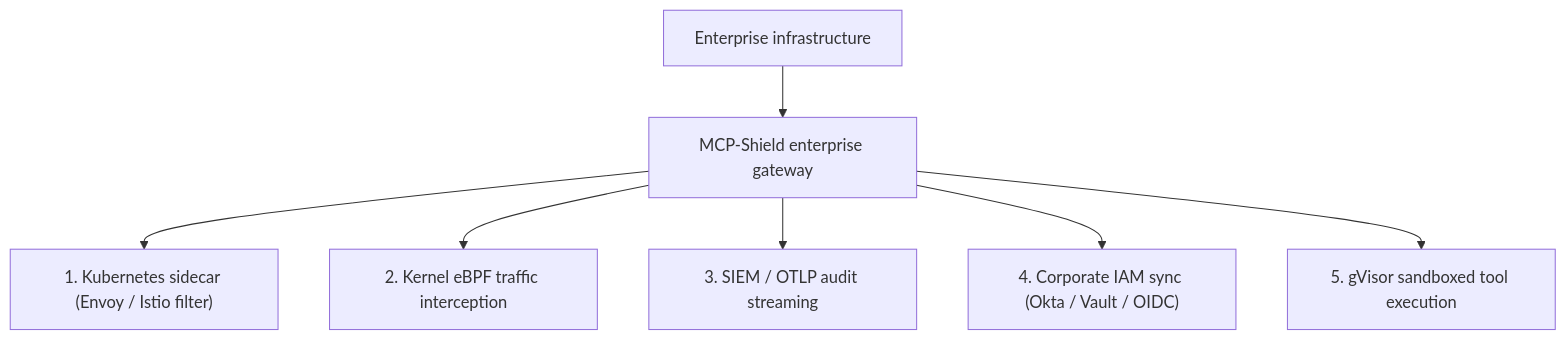
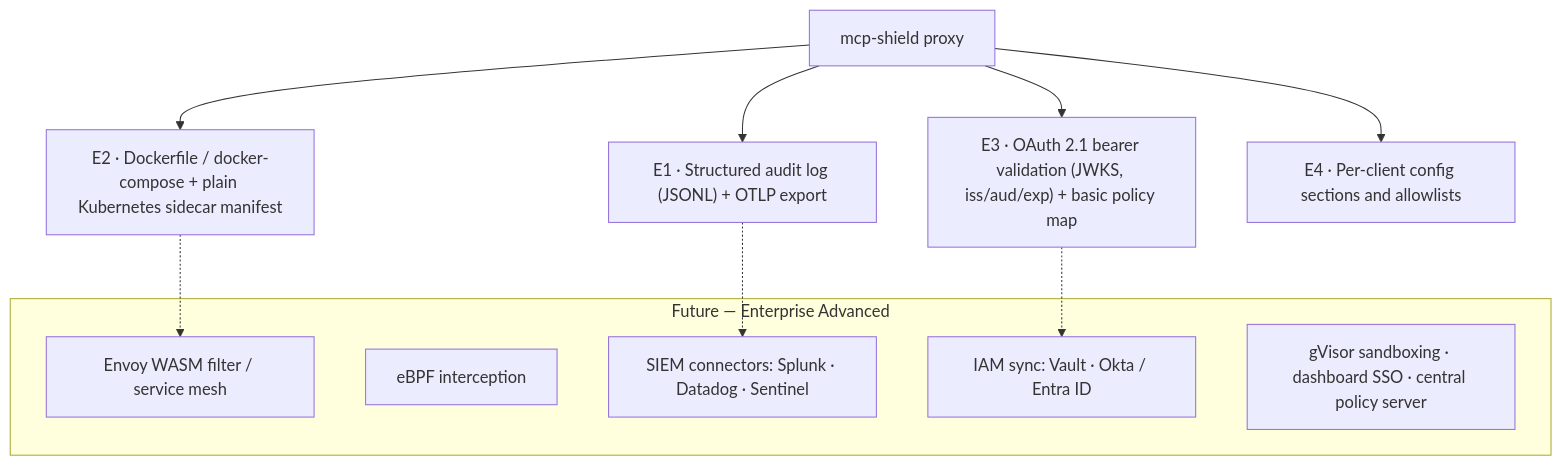
Before and after one commit to rishikeshvarma/MCP-Shield: the fifth of 5 diagrams in 07 - Model Distribution, PyPI Packaging & Local Dashboard.md, drawn with Mermaid. The commit also changed other lines of this file and 12 other files, not shown here.

````diff
--- a/07 - Model Distribution, PyPI Packaging & Local Dashboard.md
+++ b/07 - Model Distribution, PyPI Packaging & Local Dashboard.md
@@ -282,9 +286,18 @@
 ```mermaid
 graph TD
-    Enterprise["Enterprise infrastructure"] --> Gateway["MCP-Shield enterprise gateway"]
-    Gateway --> K8s["1. Kubernetes sidecar (Envoy / Istio filter)"]
-    Gateway --> eBPF["2. Kernel eBPF traffic interception"]
-    Gateway --> SIEM["3. SIEM / OTLP audit streaming"]
-    Gateway --> IAM["4. Corporate IAM sync (Okta / Vault / OIDC)"]
-    Gateway --> Sandbox["5. gVisor sandboxed tool execution"]
+    Proxy["mcp-shield proxy"] --> E1["E1 · Structured audit log (JSONL) + OTLP export"]
+    Proxy --> E2["E2 · Dockerfile / docker-compose + plain Kubernetes sidecar manifest"]
+    Proxy --> E3["E3 · OAuth 2.1 bearer validation (JWKS, iss/aud/exp) + basic policy map"]
+    Proxy --> E4["E4 · Per-client config sections and allowlists"]
+
+    subgraph Future["Future — Enterprise Advanced"]
+        A1["Envoy WASM filter / service mesh"]
+        A2["eBPF interception"]
+        A3["SIEM connectors: Splunk · Datadog · Sentinel"]
+        A4["IAM sync: Vault · Okta / Entra ID"]
+        A5["gVisor sandboxing · dashboard SSO · central policy server"]
+    end
+    E1 -.-> A3
+    E2 -.-> A1
+    E3 -.-> A4
 ```
````
